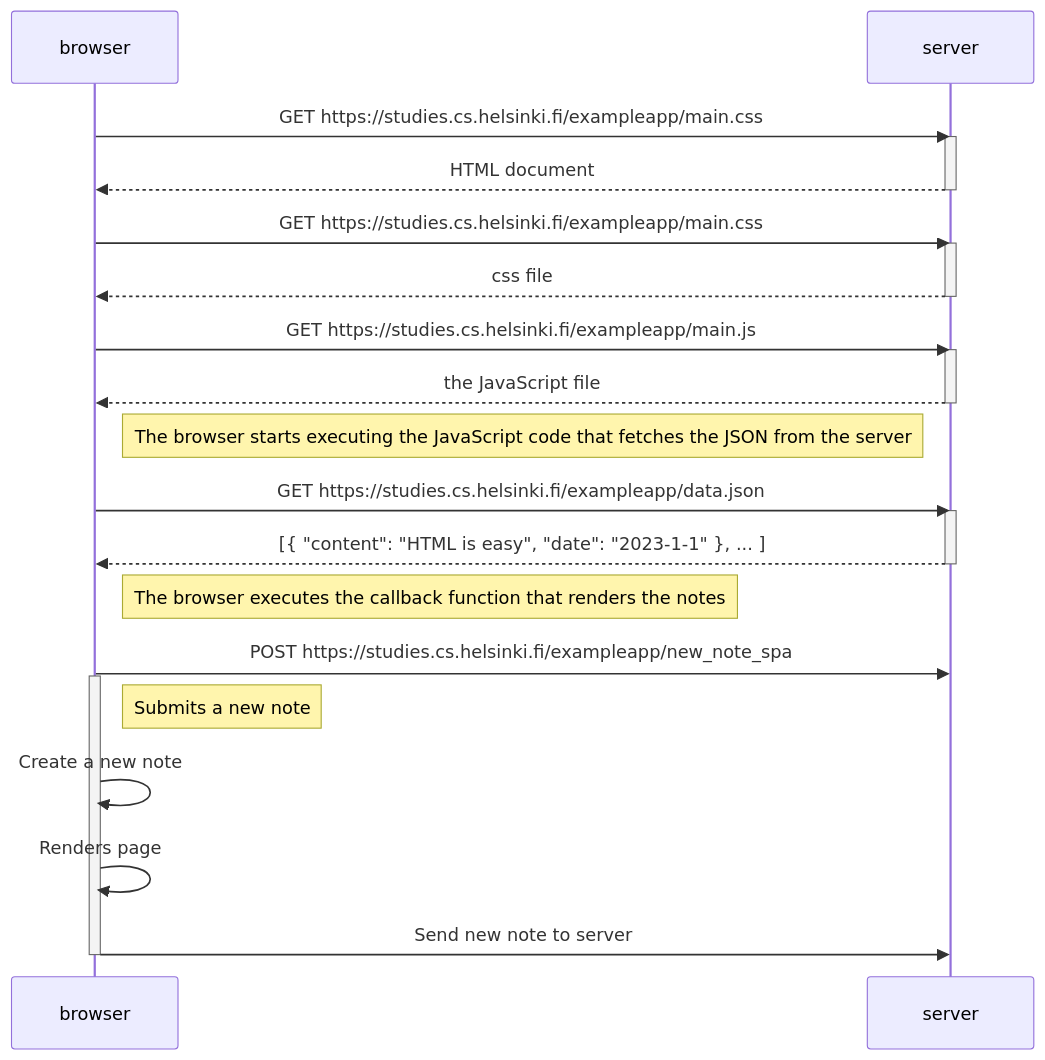
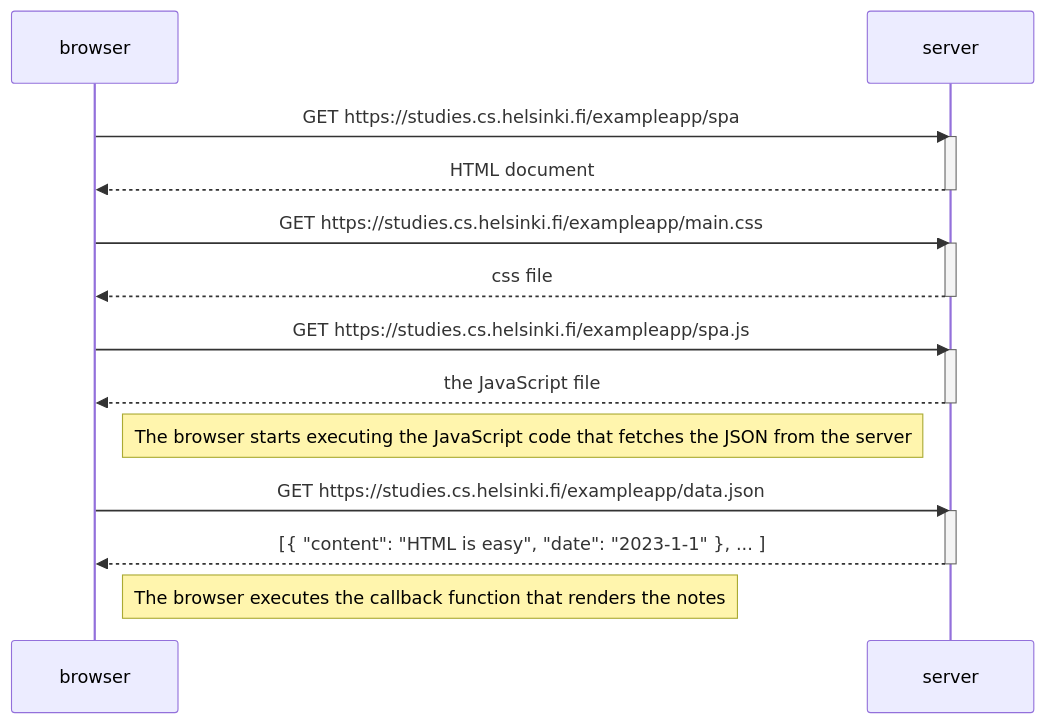
The diagram in part0/05.md (pedrohmtoledo/fullstackopen), drawn with Mermaid before and after one commit.

Commit message:
Correcting exercise

````diff
--- a/part0/05.md
+++ b/part0/05.md
@@ -1,40 +1,30 @@
 ```mermaid
 sequenceDiagram
     participant browser
     participant server
 
-    browser->>server: GET https://studies.cs.helsinki.fi/exampleapp/main.css
+    browser->>server: GET https://studies.cs.helsinki.fi/exampleapp/spa
     activate server
     server-->>browser: HTML document
     deactivate server
 
     browser->>server: GET https://studies.cs.helsinki.fi/exampleapp/main.css
     activate server
     server-->>browser: css file
     deactivate server
 
-    browser->>server: GET https://studies.cs.helsinki.fi/exampleapp/main.js
+    browser->>server: GET https://studies.cs.helsinki.fi/exampleapp/spa.js
     activate server
     server-->>browser: the JavaScript file
     deactivate server
 
     Note right of browser: The browser starts executing the JavaScript code that fetches the JSON from the server
 
     browser->>server: GET https://studies.cs.helsinki.fi/exampleapp/data.json
     activate server
     server-->>browser: [{ "content": "HTML is easy", "date": "2023-1-1" }, ... ]
     deactivate server
 
     Note right of browser: The browser executes the callback function that renders the notes
 
-    browser->>server: POST https://studies.cs.helsinki.fi/exampleapp/new_note_spa
-    activate browser
-    Note right of browser: Submits a new note
-    browser->>browser: Create a new note
-    browser->>browser: Renders page
-    browser->>server: Send new note to server
-    deactivate browser
-
-
-
 ```
````
